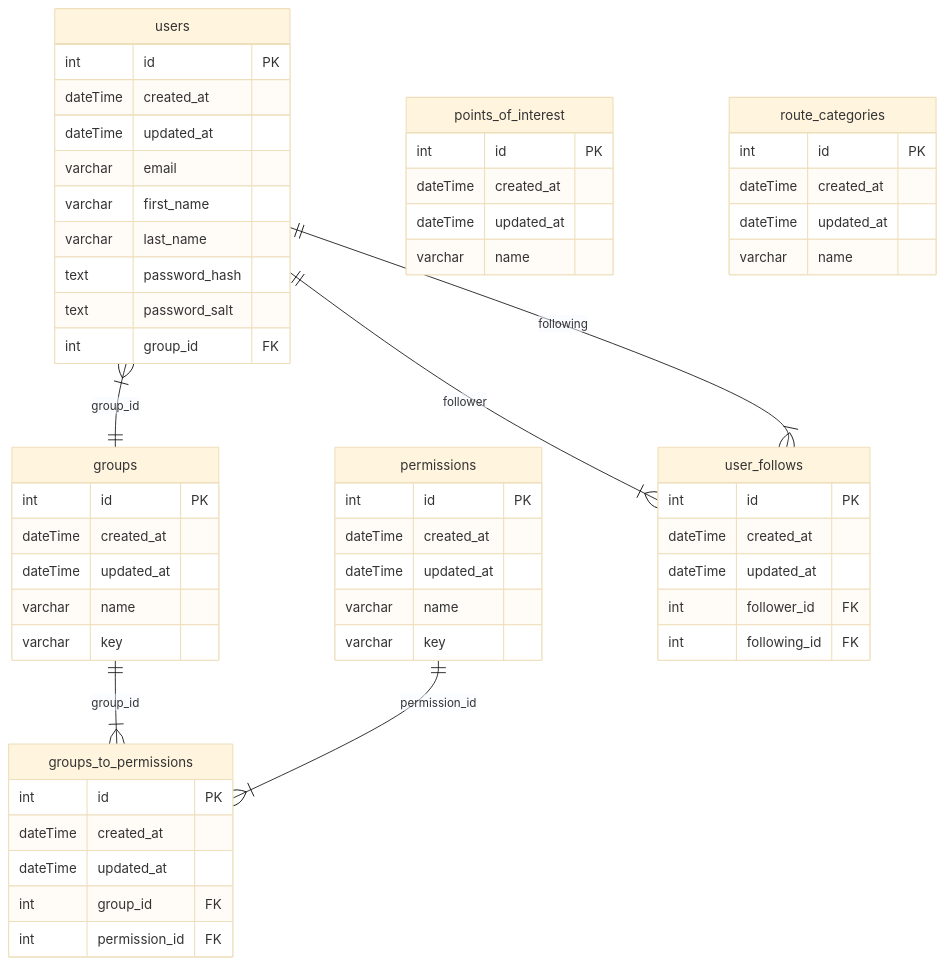
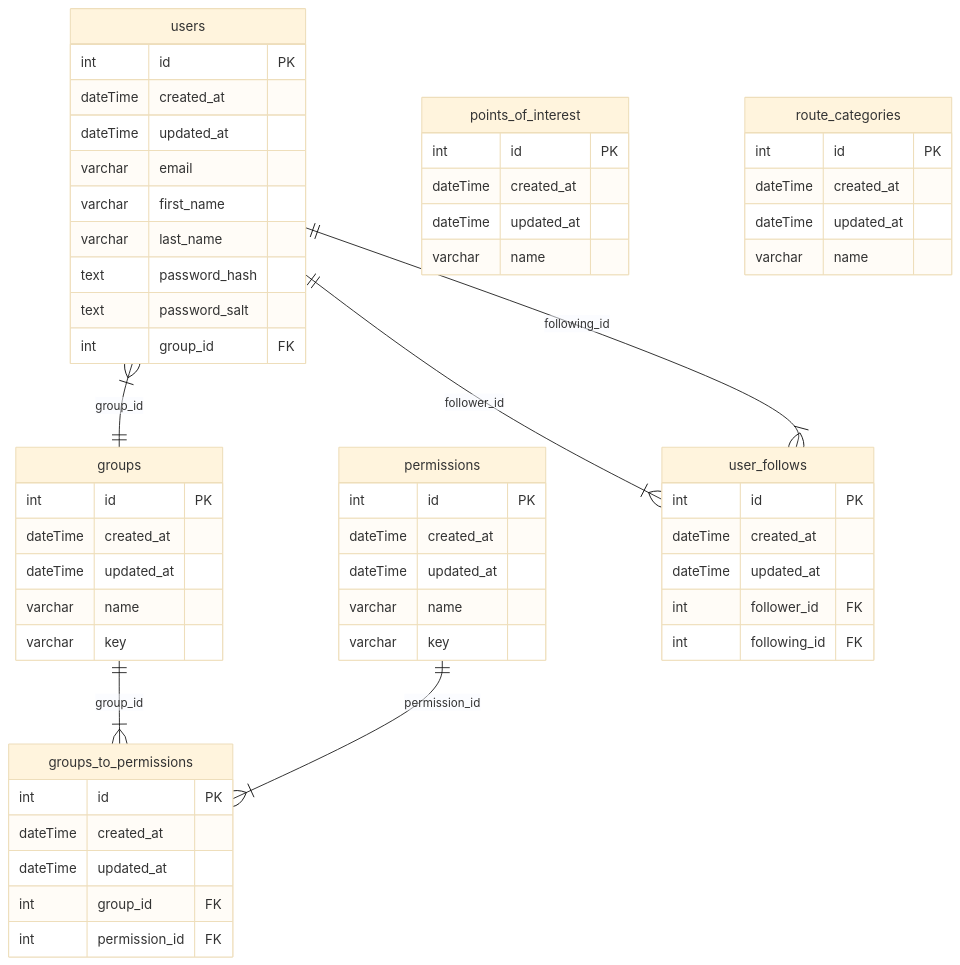
The diagram in readme.md (h4vefundieyoung/smartscapes), drawn with Mermaid (base theme) before and after one commit.

Commit message:
docs(root): fixed erDiagram ss-72

````diff
--- a/readme.md
+++ b/readme.md
@@ -30,67 +30,67 @@
 ```mermaid
 erDiagram
 
   users {
     int id PK
     dateTime created_at
     dateTime updated_at
     varchar email
     varchar first_name
     varchar last_name
     text password_hash
     text password_salt
     int group_id FK
   }
 
   groups {
     int id PK
     dateTime created_at
     dateTime updated_at
     varchar name
     varchar key
   }
 
  groups_to_permissions {
       int id PK
       dateTime created_at
       dateTime updated_at
       int group_id FK
       int permission_id FK
   }
 
   permissions {
       int id PK
       dateTime created_at
       dateTime updated_at
       varchar name
       varchar key
   }
 
   points_of_interest {
     int id PK
     dateTime created_at
     dateTime updated_at
     varchar name
   }
 
   user_follows {
     int id PK
     dateTime created_at
     dateTime updated_at
     int follower_id FK
     int following_id FK
   }
 
   route_categories {
       int id PK
       dateTime created_at
       dateTime updated_at
       varchar name
   }
 
   users }|--|| groups : group_id
   groups ||--|{ groups_to_permissions : group_id
   permissions ||--|{ groups_to_permissions : permission_id
-  users ||--|{ user_follows : follower
-  users ||--|{ user_follows : following
+  users ||--|{ user_follows : follower_id
+  users ||--|{ user_follows : following_id
 ```
````
